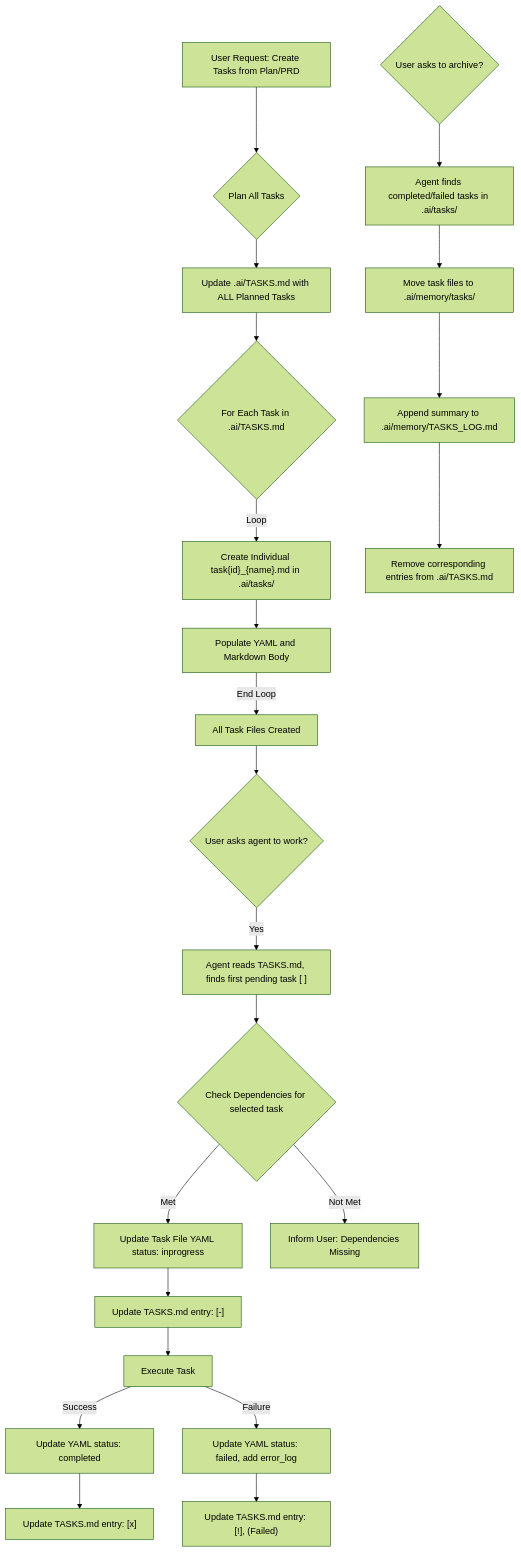
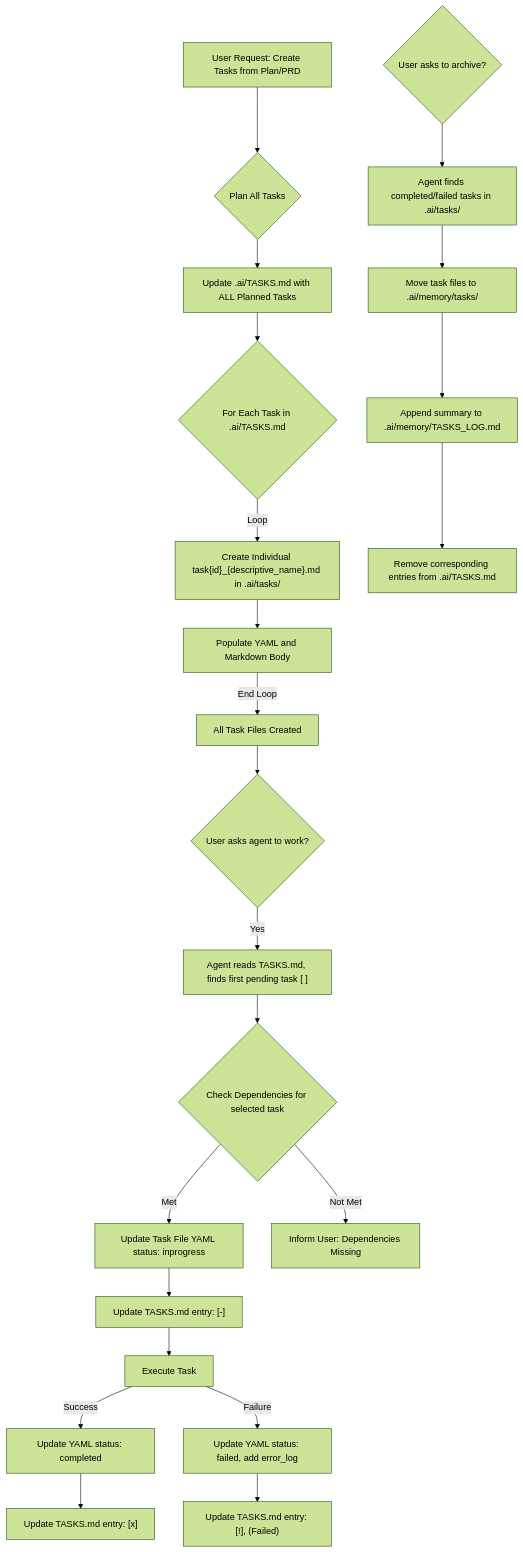
One commit to teratron/magic-vibe changed the diagram in .vscode/rules/.task-magic/tasks.md. Above: the diagram before and after it, drawn with Mermaid (forest theme). The commit also changed other lines of this file and 6 other files, not shown here.

````diff
--- a/.vscode/rules/.task-magic/tasks.md
+++ b/.vscode/rules/.task-magic/tasks.md
@@ -284,24 +284,24 @@
 ```mermaid
 graph TD
   A[User Request: Create Tasks from Plan/PRD] --> B{Plan All Tasks};
   B --> C[Update .ai/TASKS.md with ALL Planned Tasks];
   C --> D{For Each Task in .ai/TASKS.md};
-  D -- Loop --> E["Create Individual task{id}_{name}.md in .ai/tasks/"];
+  D -- Loop --> E["Create Individual task{id}_{descriptive_name}.md in .ai/tasks/"];
   E --> F[Populate YAML and Markdown Body];
   F -- End Loop --> G[All Task Files Created];
   G --> H{User asks agent to work?};
   H -- Yes --> I["Agent reads TASKS.md, finds first pending task [ ]"];
   I --> J{Check Dependencies for selected task};
   J -- Met --> K[Update Task File YAML status: inprogress];
   K --> L["Update TASKS.md entry: [-]"];
   L --> M[Execute Task];
   M -- Success --> N[Update YAML status: completed];
   N --> O["Update TASKS.md entry: [x]"];
   M -- Failure --> P[Update YAML status: failed, add error_log];
   P --> Q["Update TASKS.md entry: [!], (Failed)"];
   J -- Not Met --> R[Inform User: Dependencies Missing];
   S{User asks to archive?} --> T["Agent finds completed/failed tasks in .ai/tasks/"];
   T --> U["Move task files to .ai/memory/tasks/"];
   U --> V[Append summary to .ai/memory/TASKS_LOG.md];
   V --> W[Remove corresponding entries from .ai/TASKS.md];
 ```
````
